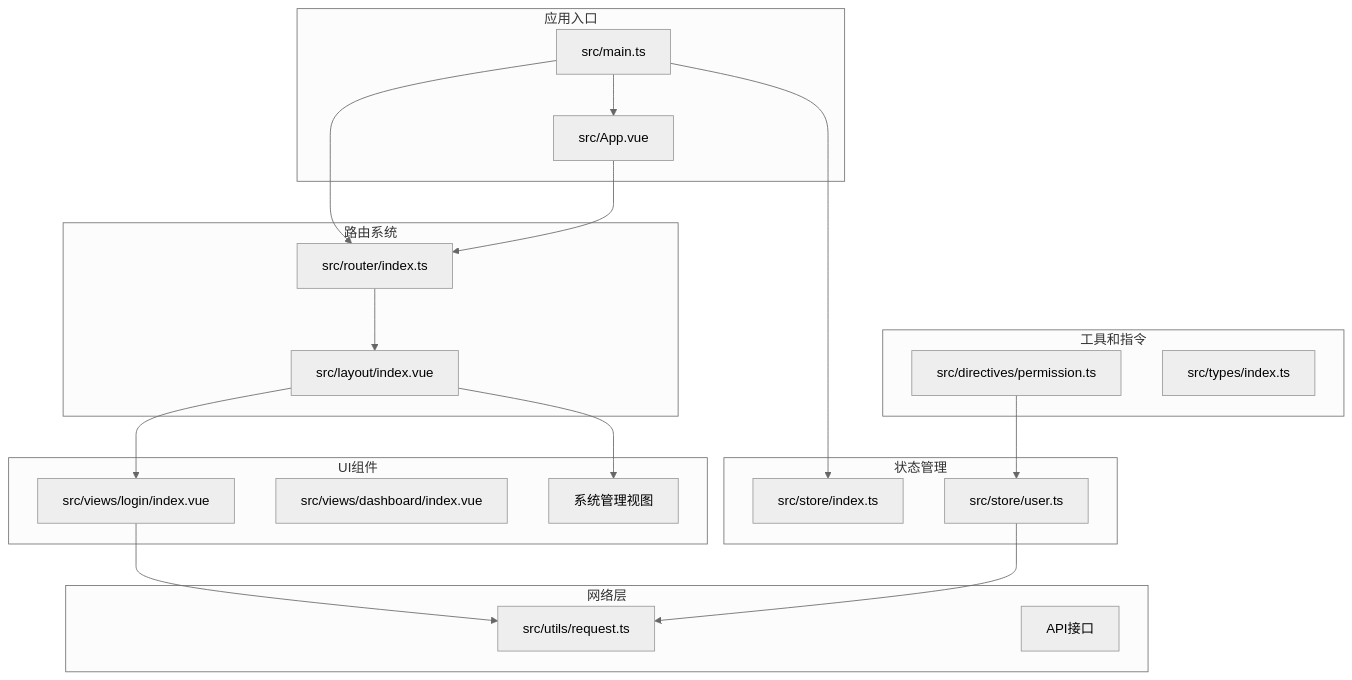
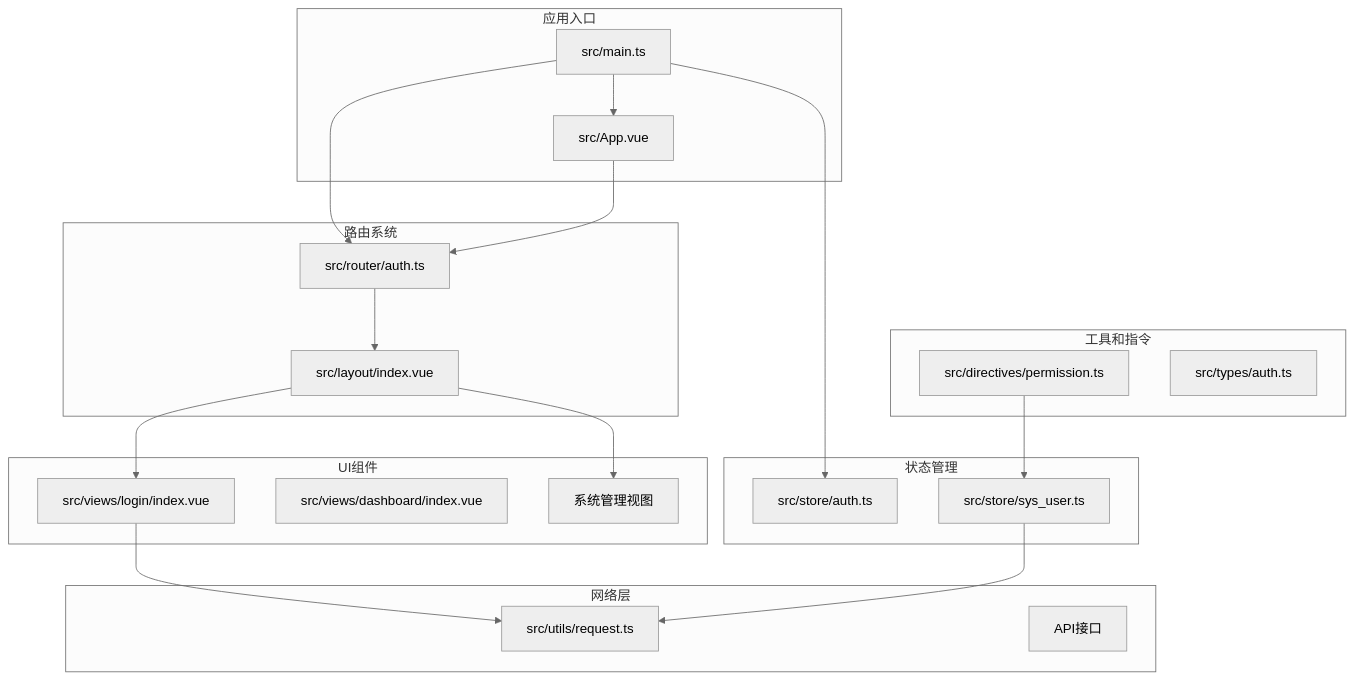
One commit to qiseyun/vue-ts-admin changed the first of 11 diagrams in .qoder/repowiki/zh/content/开发指南/调试与性能优化.md. Above: the diagram before and after it, drawn with Mermaid (neutral theme). The commit also changed other lines of this file and 42 other files, not shown here.

````diff
--- a/.qoder/repowiki/zh/content/开发指南/调试与性能优化.md
+++ b/.qoder/repowiki/zh/content/开发指南/调试与性能优化.md
@@ -39,38 +39,38 @@
 ```mermaid
 graph TB
 subgraph "应用入口"
 Main[src/main.ts]
 App[src/App.vue]
 end
 subgraph "路由系统"
-Router[src/router/index.ts]
+Router[src/router/auth.ts]
 Layout[src/layout/index.vue]
 end
 subgraph "状态管理"
-StoreIndex[src/store/index.ts]
-UserStore[src/store/user.ts]
+StoreIndex[src/store/auth.ts]
+UserStore[src/store/sys_user.ts]
 end
 subgraph "网络层"
 Request[src/utils/request.ts]
 API[API接口]
 end
 subgraph "UI组件"
 Login[src/views/login/index.vue]
 Dashboard[src/views/dashboard/index.vue]
 SystemViews[系统管理视图]
 end
 subgraph "工具和指令"
 Directives[src/directives/permission.ts]
-Types[src/types/index.ts]
+Types[src/types/auth.ts]
 end
 Main --> App
 Main --> Router
 Main --> StoreIndex
 App --> Router
 Router --> Layout
 Layout --> Login
 Layout --> SystemViews
 Login --> Request
 UserStore --> Request
 Directives --> UserStore
 ```
````
